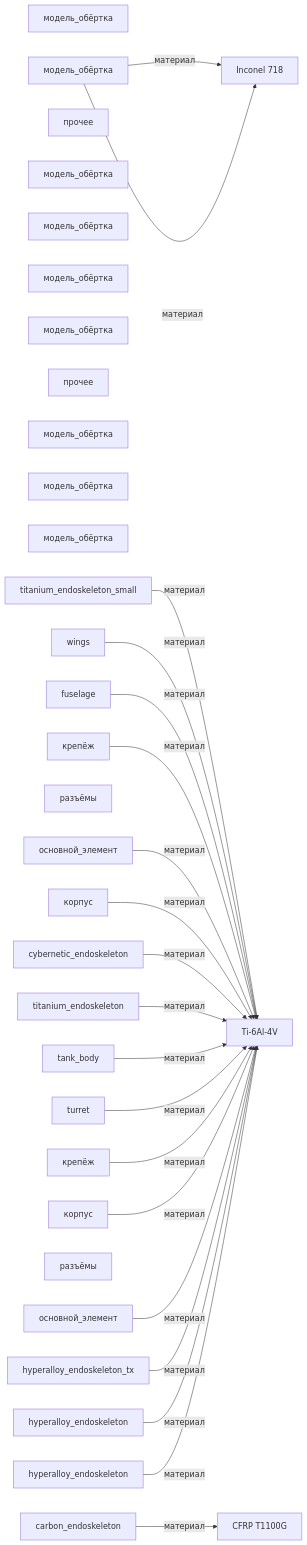
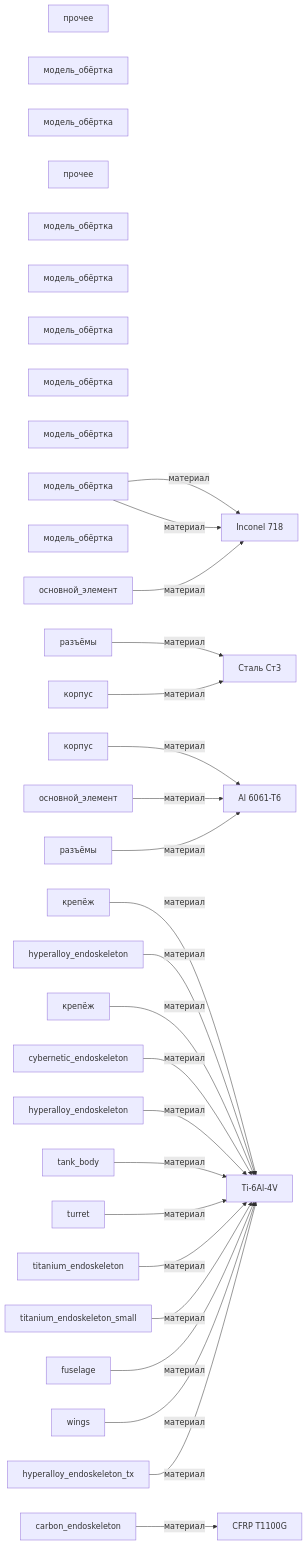
One commit to a-m-e-n-t-e-t/SkyNet changed the diagram in graphs/mermaid/graph1_каркас.md. Above: the diagram before and after it, drawn with Mermaid. The commit also changed other lines of this file and 23 other files, not shown here.

````diff
--- a/graphs/mermaid/graph1_каркас.md
+++ b/graphs/mermaid/graph1_каркас.md
@@ -3,55 +3,59 @@
 ```mermaid
 graph LR
+    izdelie_kompensatory[прочее]
+    izdelie_SkyNet_T850[модель_обёртка]
+    izdelie_SkyNet_Rev9[модель_обёртка]
+    izdelie_reshetchatyi_karkas[прочее]
+    izdelie_SkyNet_MarcusWright[модель_обёртка]
+    izdelie_SkyNet_T800[модель_обёртка]
+    izdelie_SkyNet_HKTank[модель_обёртка]
+    izdelie_SkyNet_T600[модель_обёртка]
     izdelie_SkyNet_Cameron[модель_обёртка]
     izdelie_SkyNet_HKAerial[модель_обёртка]
-    izdelie_reshetchatyi_karkas[прочее]
-    izdelie_SkyNet_Rev9[модель_обёртка]
-    izdelie_SkyNet_MarcusWright[модель_обёртка]
-    izdelie_SkyNet_T600[модель_обёртка]
-    izdelie_SkyNet_HKTank[модель_обёртка]
-    izdelie_kompensatory[прочее]
     izdelie_SkyNet_TX[модель_обёртка]
-    izdelie_SkyNet_T800[модель_обёртка]
-    izdelie_SkyNet_T850[модель_обёртка]
-    часть_cameron_эндоскелет[titanium_endoskeleton_small]
-    часть_hk_aerial_крылья[wings]
-    часть_hk_aerial_фюзеляж[fuselage]
+    часть_kompensatory_core[основной_элемент]
+    часть_kompensatory_connectors[разъёмы]
+    часть_kompensatory_housing[корпус]
+    часть_kompensatory_mounting[крепёж]
+    часть_t850_эндоскелет[hyperalloy_endoskeleton]
+    часть_rev9_endoskeleton[carbon_endoskeleton]
     часть_reshetchatyi_karkas_mounting[крепёж]
+    часть_reshetchatyi_karkas_housing[корпус]
+    часть_reshetchatyi_karkas_core[основной_элемент]
     часть_reshetchatyi_karkas_connectors[разъёмы]
-    часть_reshetchatyi_karkas_core[основной_элемент]
-    часть_reshetchatyi_karkas_housing[корпус]
-    часть_rev9_endoskeleton[carbon_endoskeleton]
     часть_marcus_эндоскелет[cybernetic_endoskeleton]
-    часть_t600_эндоскелет[titanium_endoskeleton]
+    часть_t800_эндоскелет_торс[hyperalloy_endoskeleton]
     часть_hk_tank_корпус[tank_body]
     часть_hk_tank_башня[turret]
-    часть_kompensatory_mounting[крепёж]
-    часть_kompensatory_connectors[разъёмы]
-    часть_kompensatory_housing[корпус]
-    часть_kompensatory_core[основной_элемент]
+    часть_t600_эндоскелет[titanium_endoskeleton]
+    часть_cameron_эндоскелет[titanium_endoskeleton_small]
+    часть_hk_aerial_фюзеляж[fuselage]
+    часть_hk_aerial_крылья[wings]
     часть_t_x_эндоскелет[hyperalloy_endoskeleton_tx]
-    часть_t800_эндоскелет_торс[hyperalloy_endoskeleton]
-    часть_t850_эндоскелет[hyperalloy_endoskeleton]
+    material_al_6061_t6[Al 6061-T6]
     material_cfrp_t1100g[CFRP T1100G]
     material_inconel_718[Inconel 718]
+    material_stal_st3[Сталь Ст3]
     material_ti_6al_4v[Ti-6Al-4V]
     izdelie_SkyNet_HKAerial -->|материал| material_inconel_718
     izdelie_SkyNet_HKAerial -->|материал| material_inconel_718
-    часть_cameron_эндоскелет -->|материал| material_ti_6al_4v
-    часть_hk_aerial_крылья -->|материал| material_ti_6al_4v
-    часть_hk_aerial_фюзеляж -->|материал| material_ti_6al_4v
+    часть_kompensatory_core -->|материал| material_inconel_718
+    часть_kompensatory_connectors -->|материал| material_stal_st3
+    часть_kompensatory_housing -->|материал| material_al_6061_t6
+    часть_kompensatory_mounting -->|материал| material_ti_6al_4v
+    часть_t850_эндоскелет -->|материал| material_ti_6al_4v
+    часть_rev9_endoskeleton -->|материал| material_cfrp_t1100g
     часть_reshetchatyi_karkas_mounting -->|материал| material_ti_6al_4v
-    часть_reshetchatyi_karkas_core -->|материал| material_ti_6al_4v
-    часть_reshetchatyi_karkas_housing -->|материал| material_ti_6al_4v
-    часть_rev9_endoskeleton -->|материал| material_cfrp_t1100g
+    часть_reshetchatyi_karkas_housing -->|материал| material_stal_st3
+    часть_reshetchatyi_karkas_core -->|материал| material_al_6061_t6
+    часть_reshetchatyi_karkas_connectors -->|материал| material_al_6061_t6
     часть_marcus_эндоскелет -->|материал| material_ti_6al_4v
-    часть_t600_эндоскелет -->|материал| material_ti_6al_4v
+    часть_t800_эндоскелет_торс -->|материал| material_ti_6al_4v
     часть_hk_tank_корпус -->|материал| material_ti_6al_4v
     часть_hk_tank_башня -->|материал| material_ti_6al_4v
-    часть_kompensatory_mounting -->|материал| material_ti_6al_4v
-    часть_kompensatory_housing -->|материал| material_ti_6al_4v
-    часть_kompensatory_core -->|материал| material_ti_6al_4v
+    часть_t600_эндоскелет -->|материал| material_ti_6al_4v
+    часть_cameron_эндоскелет -->|материал| material_ti_6al_4v
+    часть_hk_aerial_фюзеляж -->|материал| material_ti_6al_4v
+    часть_hk_aerial_крылья -->|материал| material_ti_6al_4v
     часть_t_x_эндоскелет -->|материал| material_ti_6al_4v
-    часть_t800_эндоскелет_торс -->|материал| material_ti_6al_4v
-    часть_t850_эндоскелет -->|материал| material_ti_6al_4v
 ```
````
